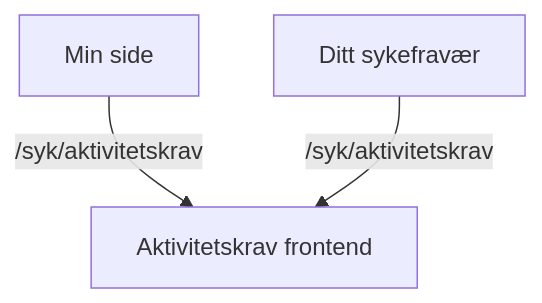
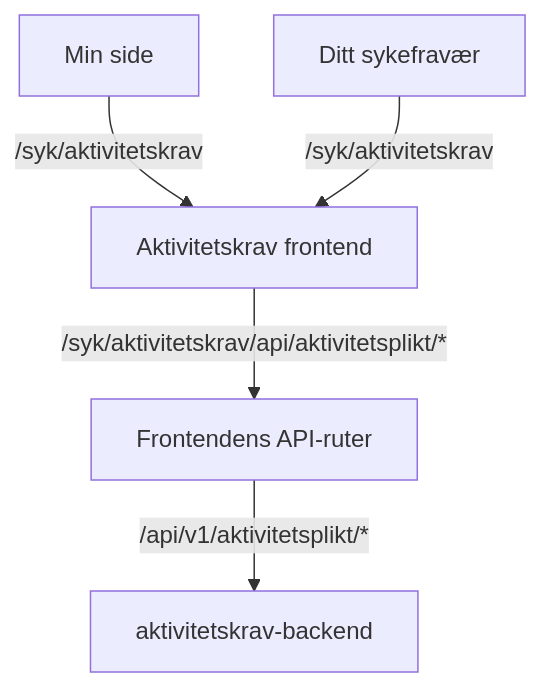
One commit to navikt/aktivitetskrav-frontend changed the diagram in README.md. Above: the diagram before and after it, drawn with Mermaid. The commit also changed other lines of this file, not shown here.

````diff
--- a/README.md
+++ b/README.md
@@ -23,5 +23,7 @@
 ```mermaid
 graph TD
     MinSide[Min side] -->|"/syk/aktivitetskrav"| App[Aktivitetskrav frontend]
     DittSykefravaer[Ditt sykefravær] -->|"/syk/aktivitetskrav"| App
+    App -->|"/syk/aktivitetskrav/api/aktivitetsplikt/*"| ApiRoutes[Frontendens API-ruter]
+    ApiRoutes -->|"/api/v1/aktivitetsplikt/*"| Backend[aktivitetskrav-backend]
 ```
````
